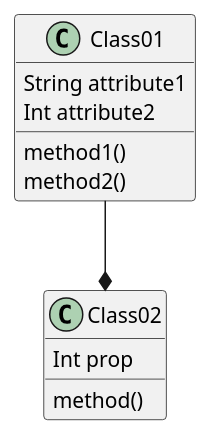
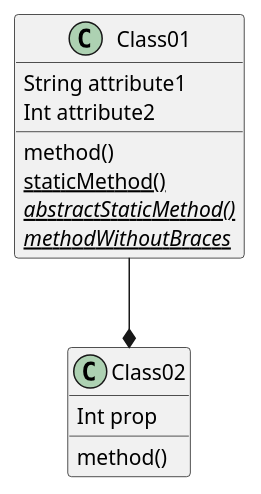
Before and after one commit to Tomas124589/pyplaml: the diagram in examples/05_class_attributes.puml, drawn with PlantUML.

Commit message:
Updated example for attribute flags

```diff
--- a/examples/05_class_attributes.puml
+++ b/examples/05_class_attributes.puml
@@ -1,12 +1,14 @@
 @startuml "Class attributes"
 Class01 --* Class02
 
 Class01 : String attribute1
 "Class01" : Int attribute2
 
-Class01 : method1()
-Class01 : method2()
+Class01 : method()
+Class01 : {static} staticMethod()
+Class01 : {static} abstractStaticMethod() {abstract}
+Class01 : {method} {static} methodWithoutBraces {abstract}
 
 Class02 : Int prop
 Class02 : method()
 @enduml
```
